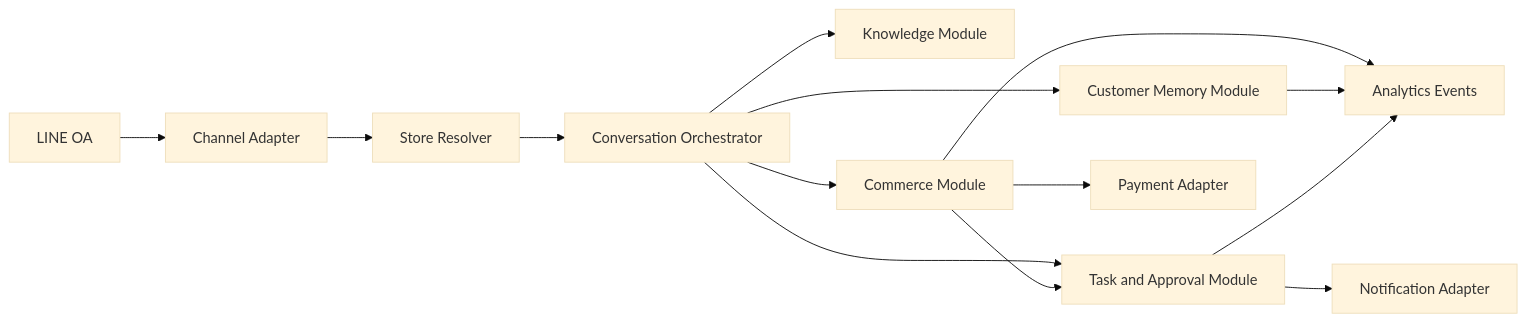
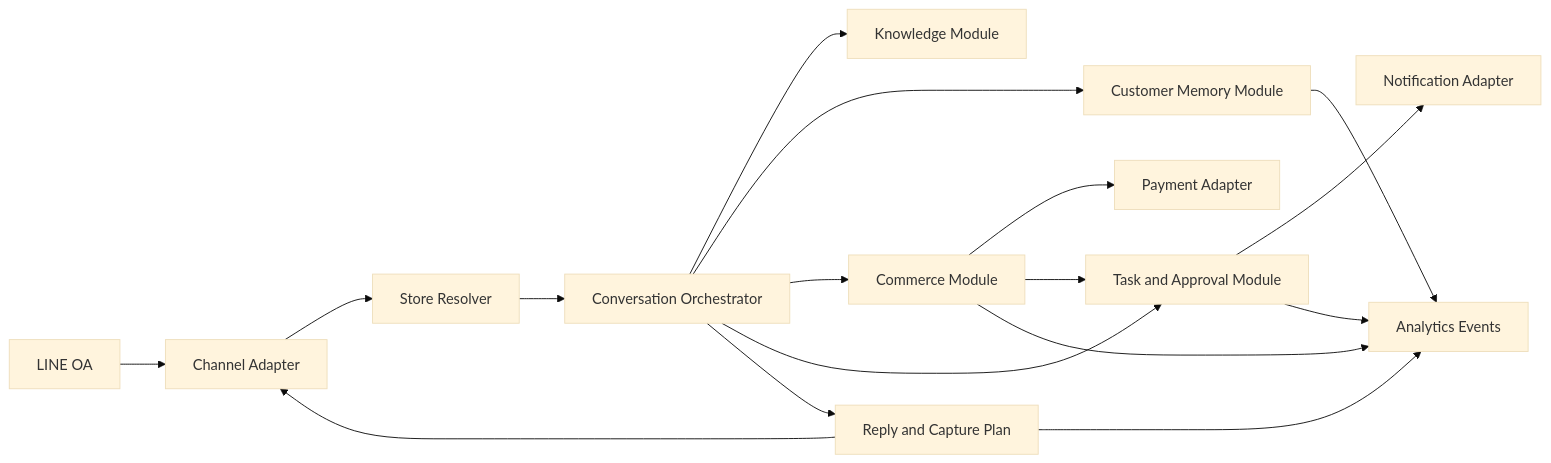
One commit to duplyofficial-thay/duply-creator changed the diagram in docs/tawan/ARCHITECTURE.md. Above: the diagram before and after it, drawn with Mermaid (base theme). The commit also changed other lines of this file and 5 other files, not shown here.

Commit message:
docs(tawan): capture inline reply data decision

````diff
--- a/docs/tawan/ARCHITECTURE.md
+++ b/docs/tawan/ARCHITECTURE.md
@@ -15,16 +15,19 @@
 ```mermaid
 flowchart LR
     LINE["LINE OA"] --> CA["Channel Adapter"]
     CA --> SR["Store Resolver"]
     SR --> CO["Conversation Orchestrator"]
     CO --> K["Knowledge Module"]
     CO --> M["Customer Memory Module"]
     CO --> C["Commerce Module"]
     CO --> T["Task and Approval Module"]
+    CO --> RP["Reply and Capture Plan"]
+    RP --> CA
     C --> P["Payment Adapter"]
     C --> T
     T --> N["Notification Adapter"]
     C --> A["Analytics Events"]
     M --> A
+    RP --> A
     T --> A
 ```
````
